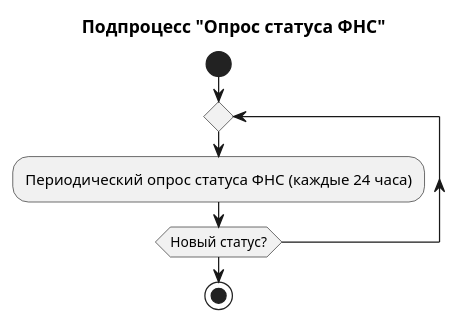
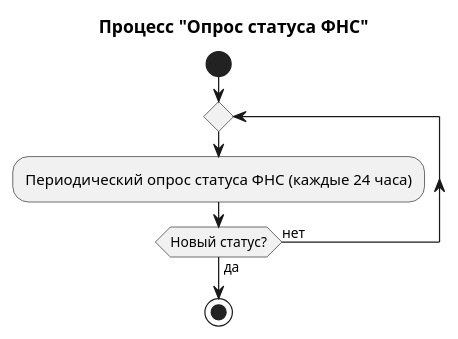
Before and after one commit to malikovav001-maker/nalog: the second of 4 diagrams in Activity Diagram- социальный вычет за обучение.md, drawn with PlantUML. The commit also changed other lines of this file, not shown here.

Commit message:
Обновлена диаграмма активности для процесса налогового вычета за обучение

````diff
--- a/Activity Diagram- социальный вычет за обучение.md
+++ b/Activity Diagram- социальный вычет за обучение.md
@@ -345,10 +318,11 @@
 ```plantuml
 @startuml диаграмма деятельности
-title Подпроцесс "Опрос статуса ФНС"
+title Процесс "Опрос статуса ФНС"
 start
-          repeat
-          :Периодический опрос статуса ФНС (каждые 24 часа);
-          repeat while (Новый статус?)
+    repeat
+        :Периодический опрос статуса ФНС (каждые 24 часа);
+    repeat while (Новый статус?) is (нет) not (да)
 stop
 @enduml
+@enduml
 ```
````
